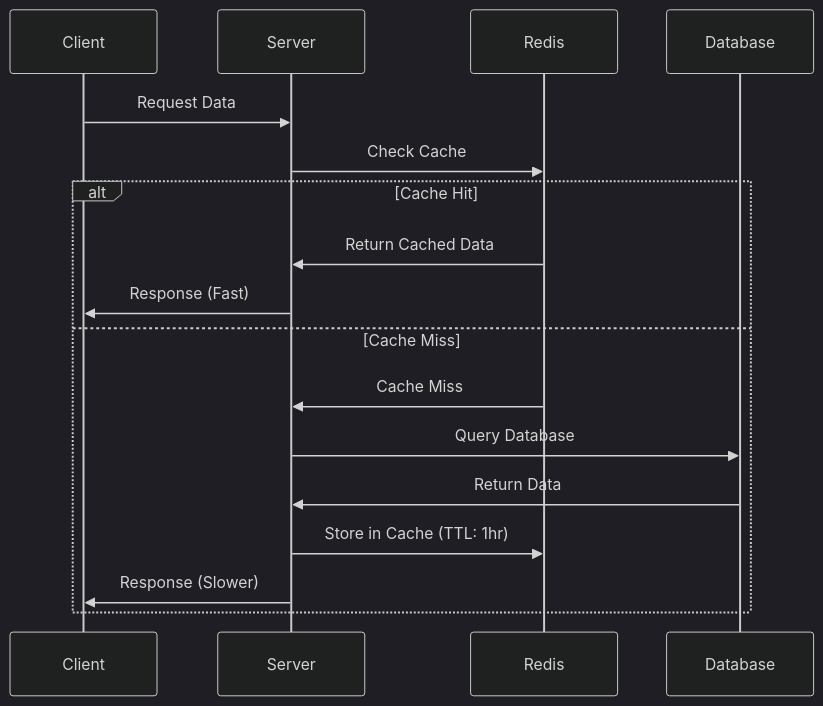
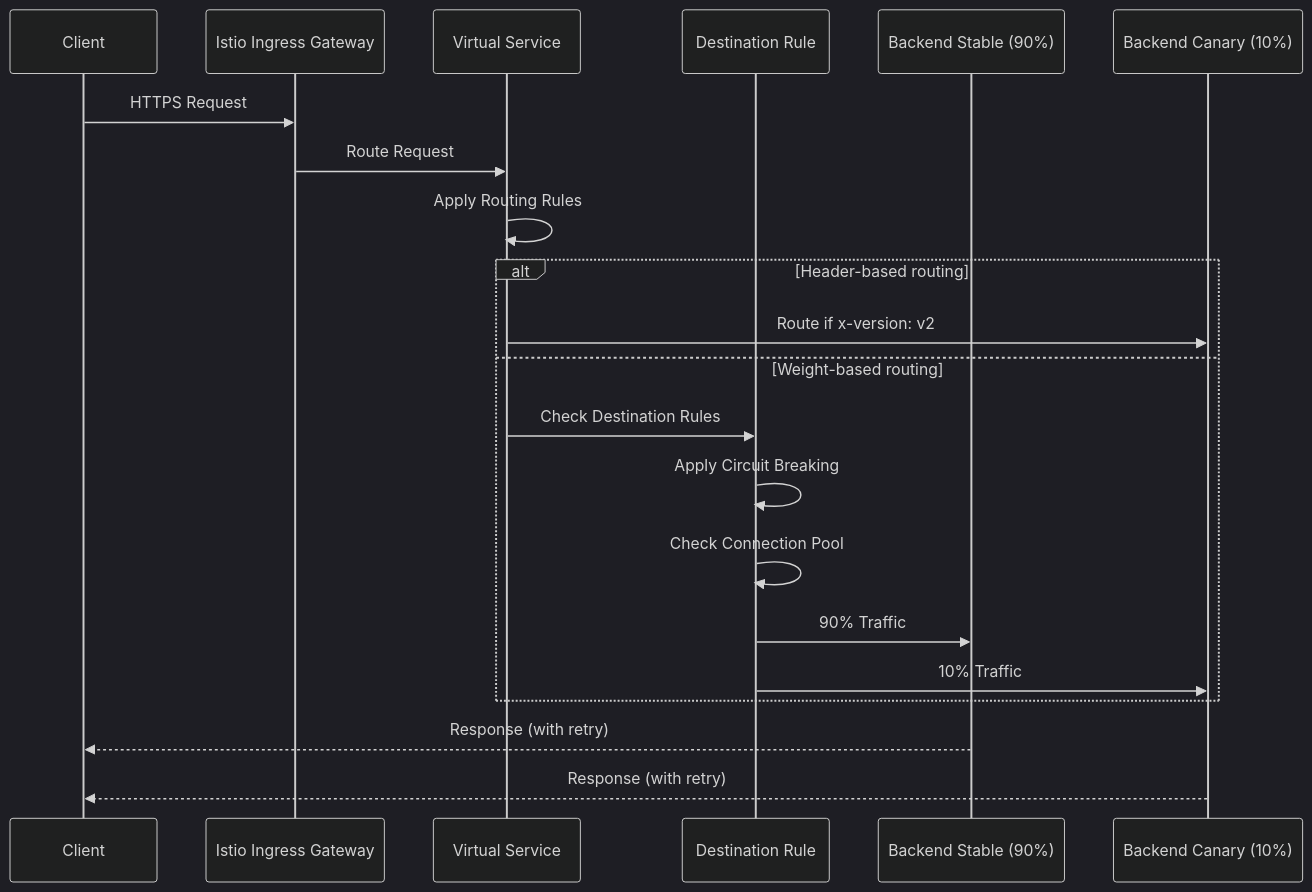
Diagram 15 of 26 in ARCHITECTURE.md (Derek-miranda/DocuThinker-AI), drawn with Mermaid (dark theme) before and after one commit. The commit also changed other lines of this file and 36 other files, not shown here.

````diff
--- a/ARCHITECTURE.md
+++ b/ARCHITECTURE.md
@@ -809,21 +1322,26 @@
 ```mermaid
 sequenceDiagram
     participant Client
-    participant Server
-    participant Redis
-    participant Database
+    participant Ingress as Istio Ingress Gateway
+    participant VS as Virtual Service
+    participant DR as Destination Rule
+    participant Stable as Backend Stable (90%)
+    participant Canary as Backend Canary (10%)
 
-    Client->>Server: Request Data
-    Server->>Redis: Check Cache
+    Client->>Ingress: HTTPS Request
+    Ingress->>VS: Route Request
+    VS->>VS: Apply Routing Rules
 
-    alt Cache Hit
-        Redis->>Server: Return Cached Data
-        Server->>Client: Response (Fast)
-    else Cache Miss
-        Redis->>Server: Cache Miss
-        Server->>Database: Query Database
-        Database->>Server: Return Data
-        Server->>Redis: Store in Cache (TTL: 1hr)
-        Server->>Client: Response (Slower)
+    alt Header-based routing
+        VS->>Canary: Route if x-version: v2
+    else Weight-based routing
+        VS->>DR: Check Destination Rules
+        DR->>DR: Apply Circuit Breaking
+        DR->>DR: Check Connection Pool
+        DR->>Stable: 90% Traffic
+        DR->>Canary: 10% Traffic
     end
+
+    Stable-->>Client: Response (with retry)
+    Canary-->>Client: Response (with retry)
 ```
````
